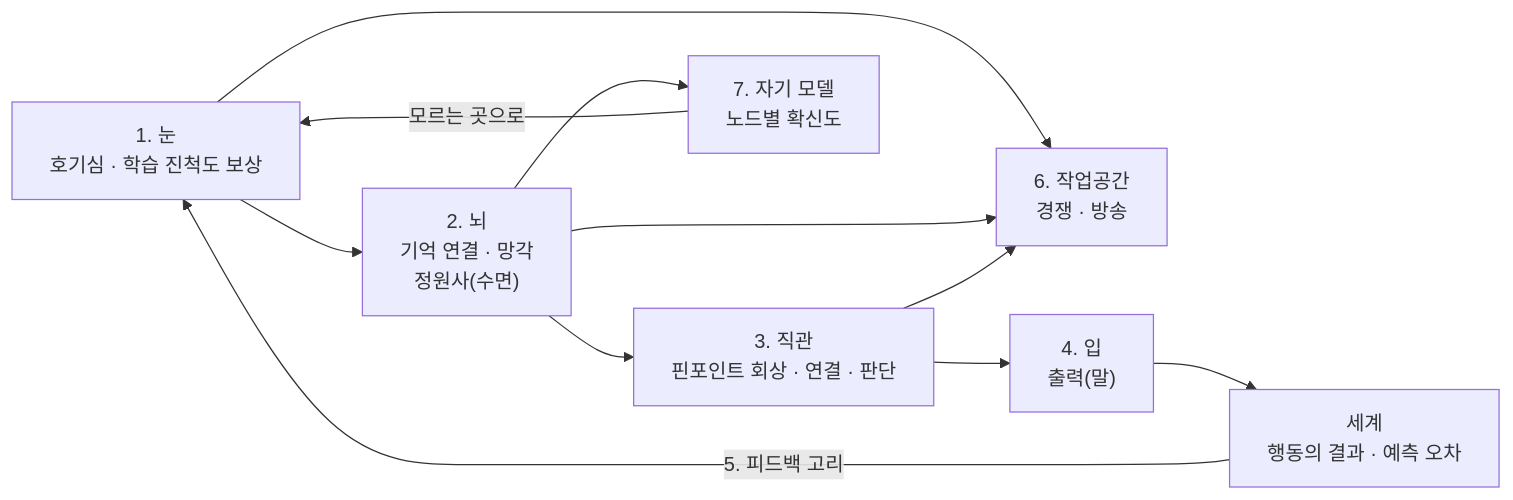
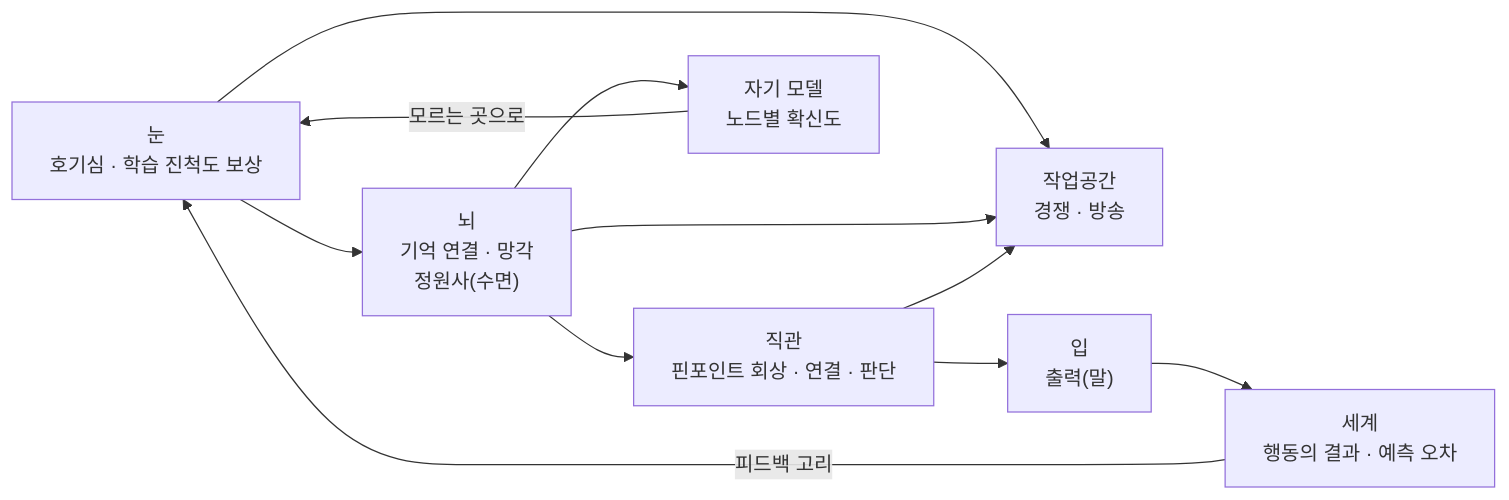
The diagram in docs/design-guideline.md (Larry-Choi/Project_Memoria_concept), drawn with Mermaid before and after one commit.

Commit message:
Fix mermaid diagram rendering

````diff
--- a/docs/design-guideline.md
+++ b/docs/design-guideline.md
@@ -15,17 +15,17 @@
 ```mermaid
 flowchart LR
-    WS["6. 작업공간<br/>경쟁 · 방송"]
-    EYE["1. 눈<br/>호기심 · 학습 진척도 보상"]
-    BRAIN["2. 뇌<br/>기억 연결 · 망각<br/>정원사(수면)"]
-    INT["3. 직관<br/>핀포인트 회상 · 연결 · 판단"]
-    MOUTH["4. 입<br/>출력(말)"]
-    WORLD["세계<br/>행동의 결과 · 예측 오차"]
-    SELF["7. 자기 모델<br/>노드별 확신도"]
+    WS["작업공간<br>경쟁 · 방송"]
+    EYE["눈<br>호기심 · 학습 진척도 보상"]
+    BRAIN["뇌<br>기억 연결 · 망각<br>정원사(수면)"]
+    INT["직관<br>핀포인트 회상 · 연결 · 판단"]
+    MOUTH["입<br>출력(말)"]
+    WORLD["세계<br>행동의 결과 · 예측 오차"]
+    SELF["자기 모델<br>노드별 확신도"]
     EYE --> BRAIN --> INT --> MOUTH --> WORLD
-    WORLD -- "5. 피드백 고리" --> EYE
+    WORLD -- "피드백 고리" --> EYE
     BRAIN --> SELF
     SELF -- "모르는 곳으로" --> EYE
     EYE --> WS
     BRAIN --> WS
     INT --> WS
 ```
````
